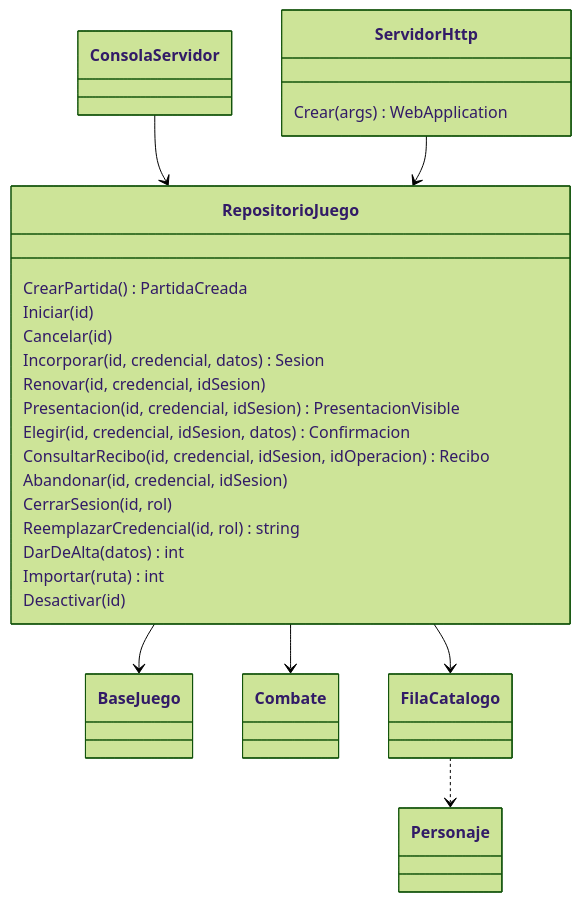
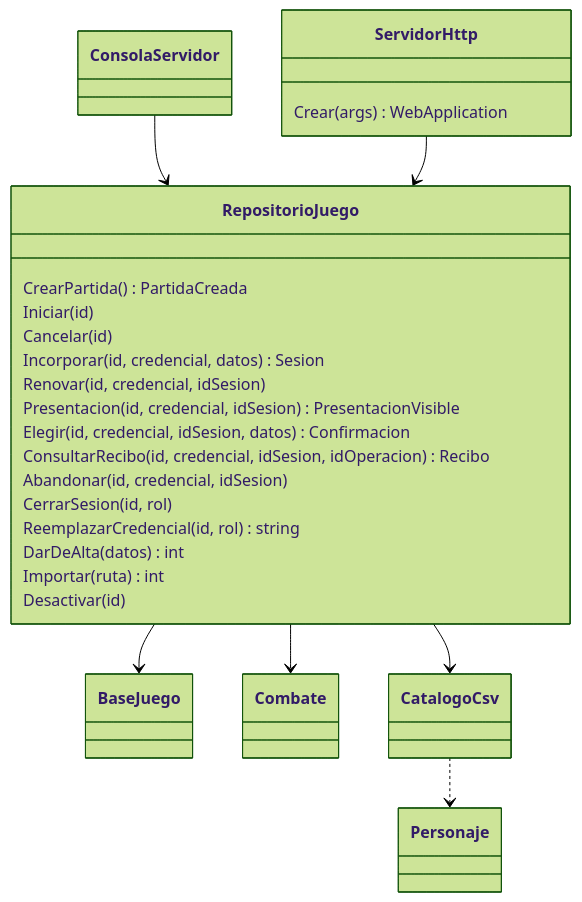
Before and after one commit to 51215927-spec/proyecto-integrador-final: the second of 2 diagrams in docs/arquitectura.md, drawn with Mermaid (forest theme). The commit also changed other lines of this file and 5 other files, not shown here.

````diff
--- a/docs/arquitectura.md
+++ b/docs/arquitectura.md
@@ -45,28 +45,28 @@
 ```mermaid
 classDiagram
     ConsolaServidor --> RepositorioJuego
     ServidorHttp --> RepositorioJuego
     RepositorioJuego --> BaseJuego
     RepositorioJuego --> Combate
-    RepositorioJuego --> FilaCatalogo
-    FilaCatalogo ..> Personaje
+    RepositorioJuego --> CatalogoCsv
+    CatalogoCsv ..> Personaje
     class ServidorHttp {
         Crear(args) WebApplication
     }
     class RepositorioJuego {
         CrearPartida() PartidaCreada
         Iniciar(id)
         Cancelar(id)
         Incorporar(id, credencial, datos) Sesion
         Renovar(id, credencial, idSesion)
         Presentacion(id, credencial, idSesion) PresentacionVisible
         Elegir(id, credencial, idSesion, datos) Confirmacion
         ConsultarRecibo(id, credencial, idSesion, idOperacion) Recibo
         Abandonar(id, credencial, idSesion)
         CerrarSesion(id, rol)
         ReemplazarCredencial(id, rol) string
         DarDeAlta(datos) int
         Importar(ruta) int
         Desactivar(id)
     }
 ```
````
